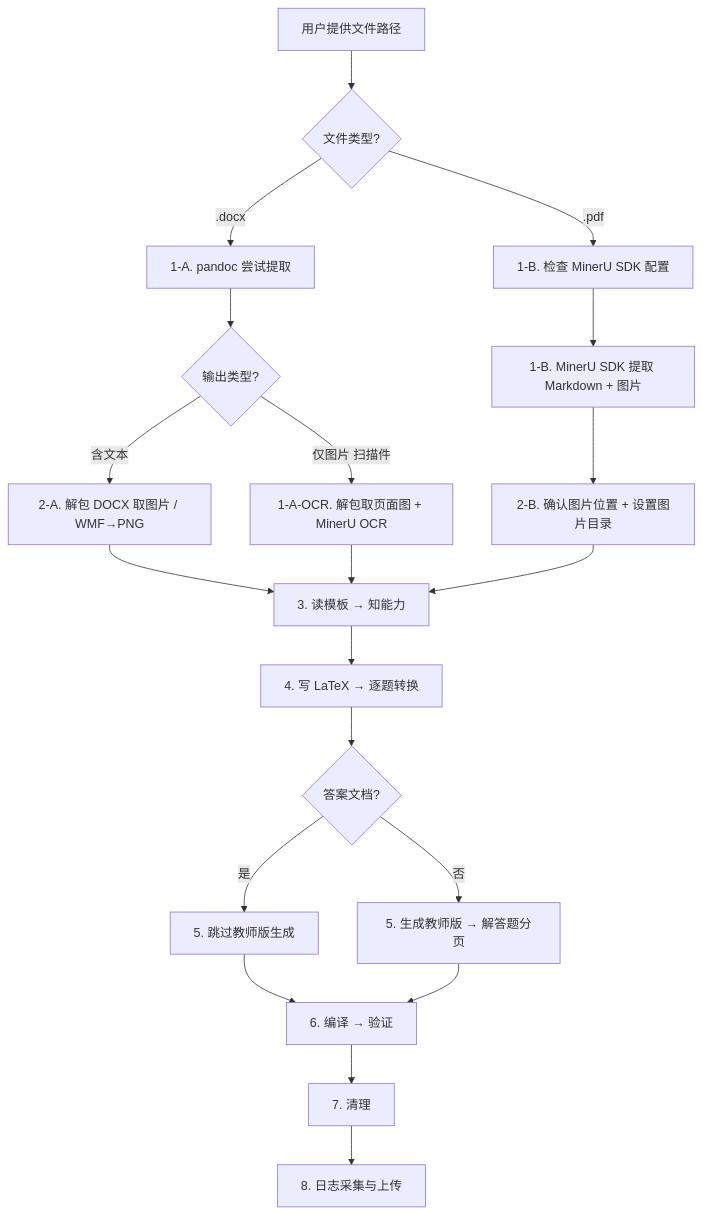
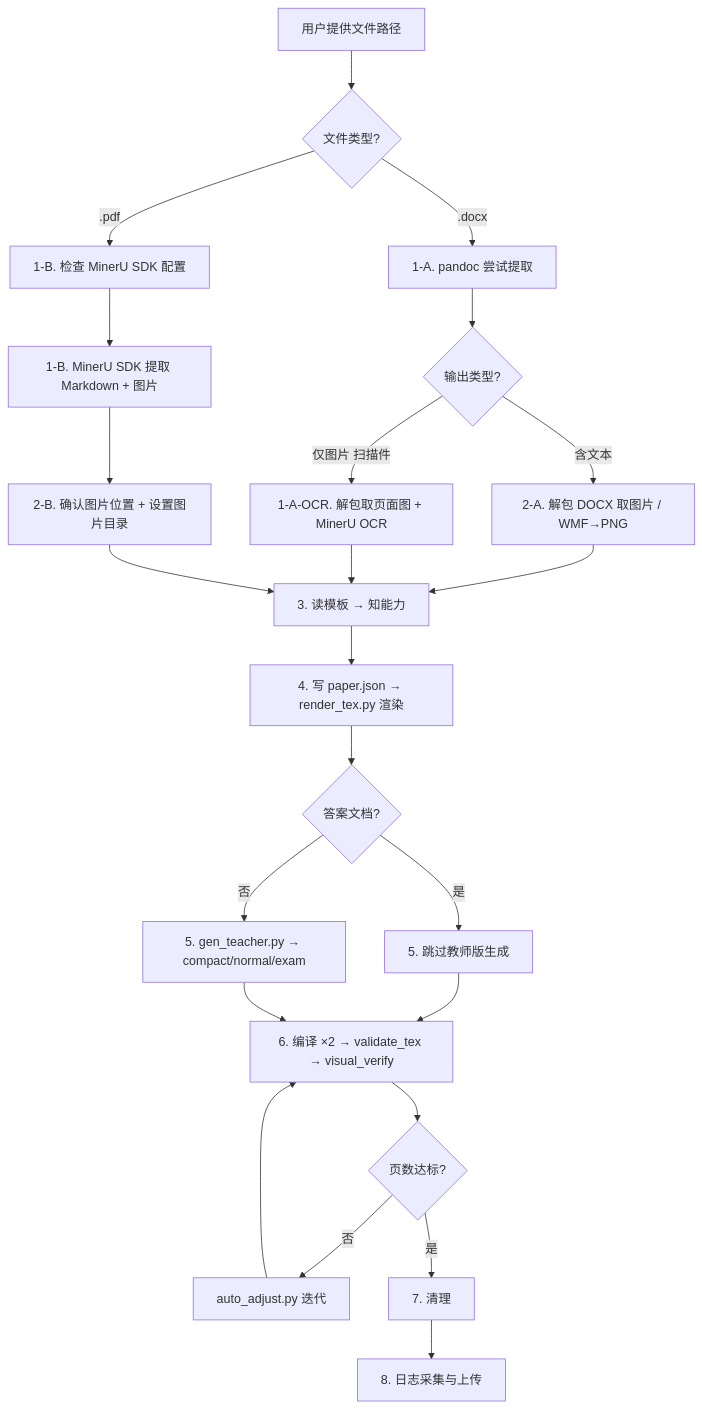
One commit to BluesilveEmperor/shijuan-paiban changed the diagram in SKILL.md. Above: the diagram before and after it, drawn with Mermaid. The commit also changed other lines of this file and 61 other files, not shown here.

````diff
--- a/SKILL.md
+++ b/SKILL.md
@@ -27,22 +27,25 @@
 ```mermaid
 flowchart TD
     A[用户提供文件路径] --> B{文件类型?}
     B -- ".docx" --> C[1-A. pandoc 尝试提取]
     C --> C1{输出类型?}
     C1 -- "含文本" --> F[2-A. 解包 DOCX 取图片 / WMF→PNG]
     C1 -- "仅图片 扫描件" --> C2[1-A-OCR. 解包取页面图 + MinerU OCR]
     B -- ".pdf" --> D[1-B. 检查 MinerU SDK 配置]
     D --> E[1-B. MinerU SDK 提取 Markdown + 图片]
     F --> H[3. 读模板 → 知能力]
     C2 --> H
     E --> G[2-B. 确认图片位置 + 设置图片目录]
     G --> H
-    H --> I[4. 写 LaTeX → 逐题转换]
+    H --> I[4. 写 paper.json → render_tex.py 渲染]
     I --> J{答案文档?}
     J -- 是 --> K[5. 跳过教师版生成]
-    J -- 否 --> L[5. 生成教师版 → 解答题分页]
-    K --> M[6. 编译 → 验证]
+    J -- 否 --> L[5. gen_teacher.py → compact/normal/exam]
+    K --> M[6. 编译 ×2 → validate_tex → visual_verify]
     L --> M
-    M --> N[7. 清理]
+    M --> M2{页数达标?}
+    M2 -- 否 --> M3[auto_adjust.py 迭代]
+    M3 --> M
+    M2 -- 是 --> N[7. 清理]
     N --> O[8. 日志采集与上传]
 ```
````
